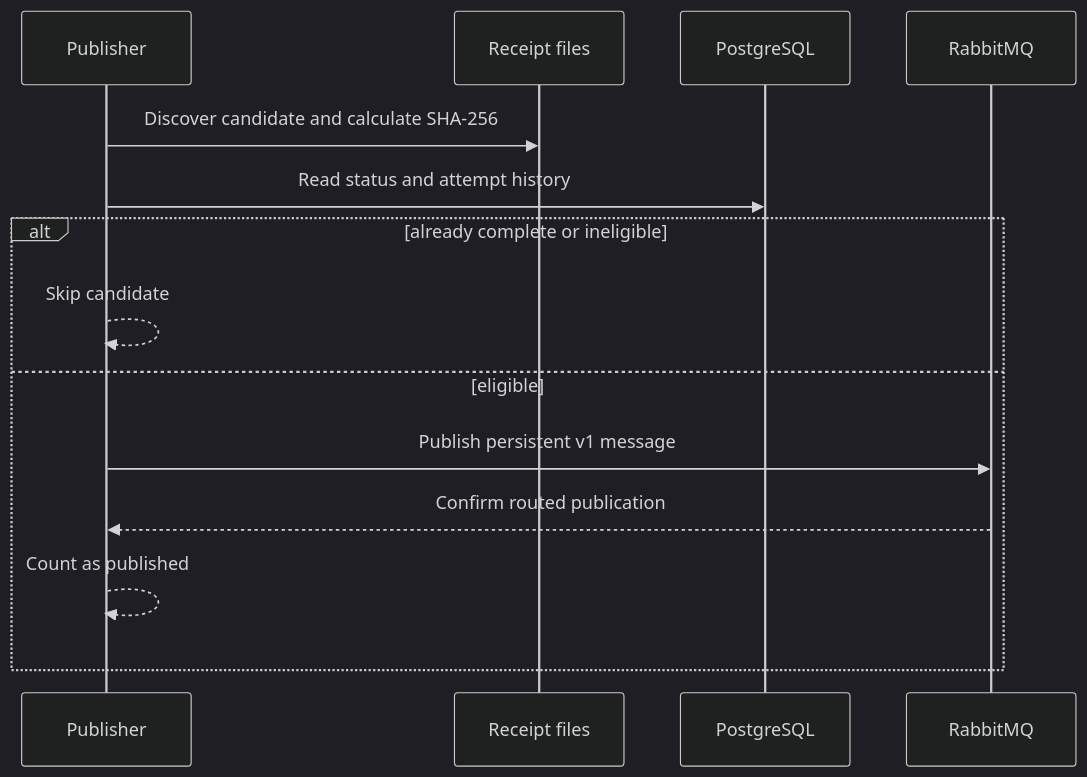
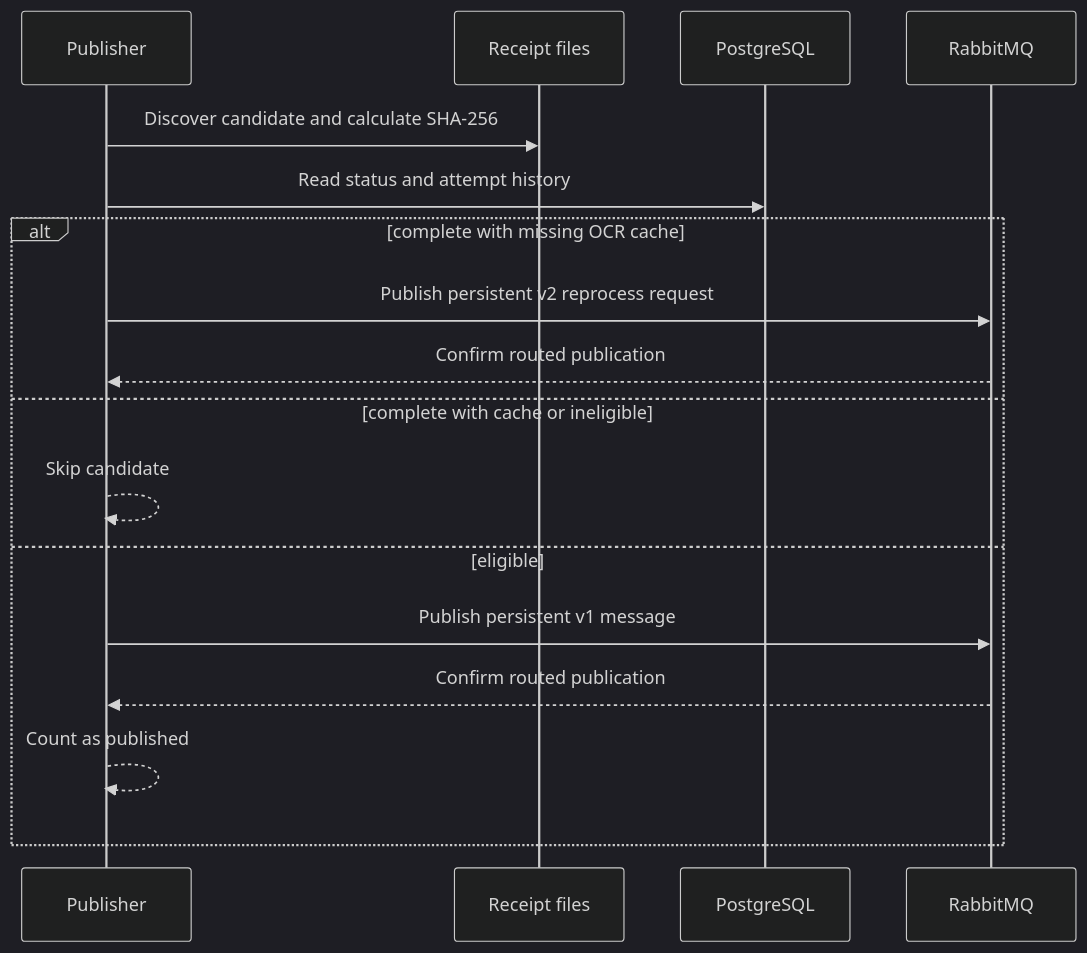
One commit to larocquemb/home-budget-pipeline changed the third of 5 diagrams in docs/rabbitmq-receipt-design.md. Above: the diagram before and after it, drawn with Mermaid (dark theme). The commit also changed other lines of this file and 19 other files, not shown here.

Commit message:
Route receipt work through RabbitMQ and recover missing OCR caches

````diff
--- a/docs/rabbitmq-receipt-design.md
+++ b/docs/rabbitmq-receipt-design.md
@@ -126,17 +134,20 @@
 ```mermaid
 sequenceDiagram
     participant P as Publisher
     participant F as Receipt files
     participant D as PostgreSQL
     participant R as RabbitMQ
 
     P->>F: Discover candidate and calculate SHA-256
     P->>D: Read status and attempt history
-    alt already complete or ineligible
+    alt complete with missing OCR cache
+        P->>R: Publish persistent v2 reprocess request
+        R-->>P: Confirm routed publication
+    else complete with cache or ineligible
         P-->>P: Skip candidate
     else eligible
         P->>R: Publish persistent v1 message
         R-->>P: Confirm routed publication
         P-->>P: Count as published
     end
 ```
````
